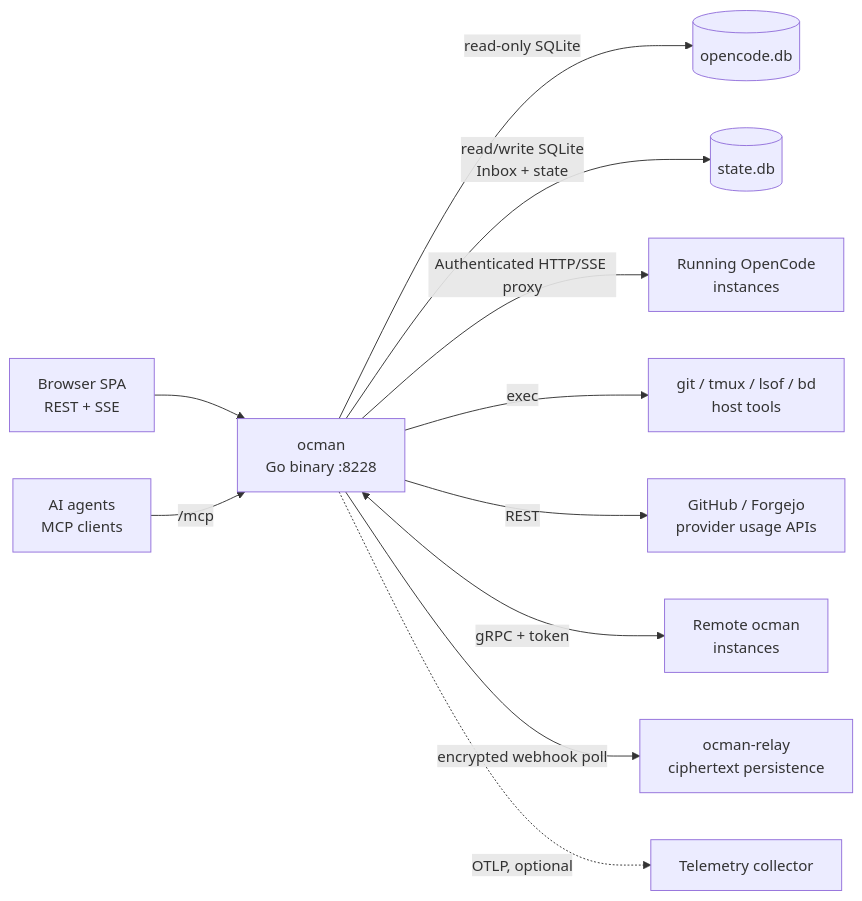
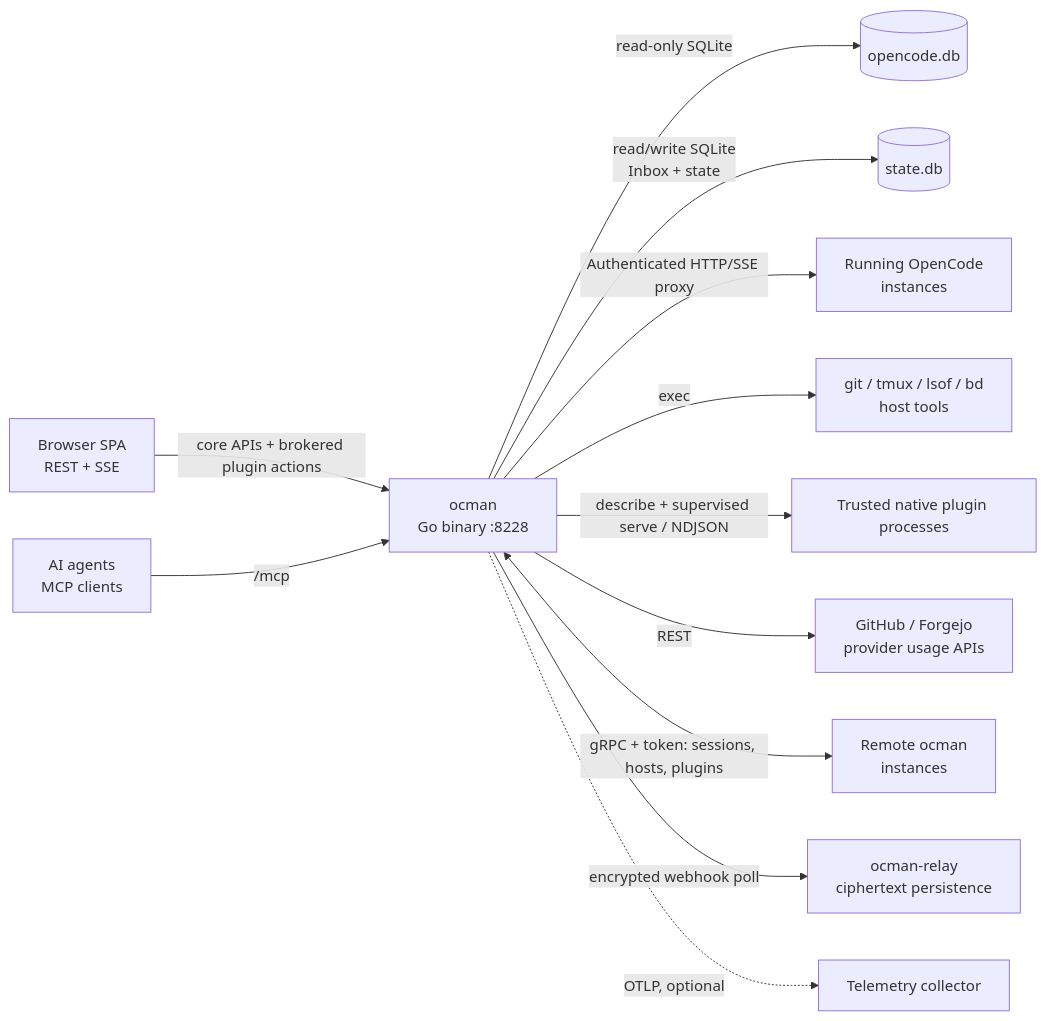
One commit to ocman/ocman changed the second of 6 diagrams in docs/other/architecture.md. Above: the diagram before and after it, drawn with Mermaid. The commit also changed other lines of this file and 70 other files, not shown here.

Commit message:
feat: add native plugin runtime and action capabilities (#690)

````diff
--- a/docs/other/architecture.md
+++ b/docs/other/architecture.md
@@ -45,13 +45,14 @@
 ```mermaid
 flowchart LR
-    Browser[Browser SPA<br/>REST + SSE] --> Ocman[ocman<br/>Go binary :8228]
+    Browser[Browser SPA<br/>REST + SSE] -->|core APIs + brokered plugin actions| Ocman[ocman<br/>Go binary :8228]
     Agent[AI agents<br/>MCP clients] -->|/mcp| Ocman
     Ocman -->|read-only SQLite| OCDB[(opencode.db)]
     Ocman -->|read/write SQLite<br/>Inbox + state| StateDB[(state.db)]
     Ocman -->|Authenticated HTTP/SSE proxy| OCInst[Running OpenCode<br/>instances]
     Ocman -->|exec| Shell[git / tmux / lsof / bd<br/>host tools]
+    Ocman -->|describe + supervised serve / NDJSON| PluginExec[Trusted native plugin processes]
     Ocman -->|REST| APIs[GitHub / Forgejo<br/>provider usage APIs]
-    Ocman <-->|gRPC + token| Remotes[Remote ocman<br/>instances]
+    Ocman <-->|gRPC + token: sessions, hosts, plugins| Remotes[Remote ocman<br/>instances]
     Ocman -->|encrypted webhook poll| Relay[ocman-relay<br/>ciphertext persistence]
     Ocman -.->|OTLP, optional| Otel[Telemetry collector]
 ```
````
